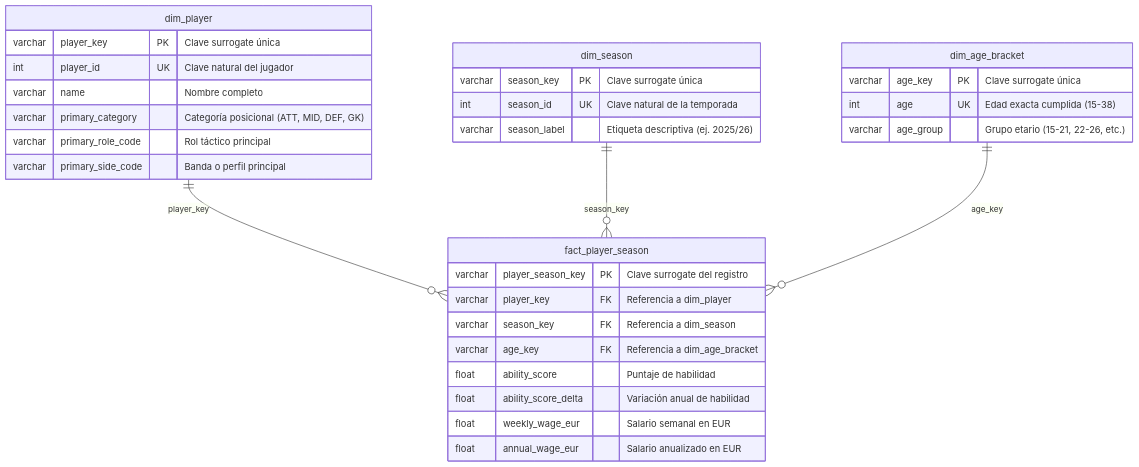
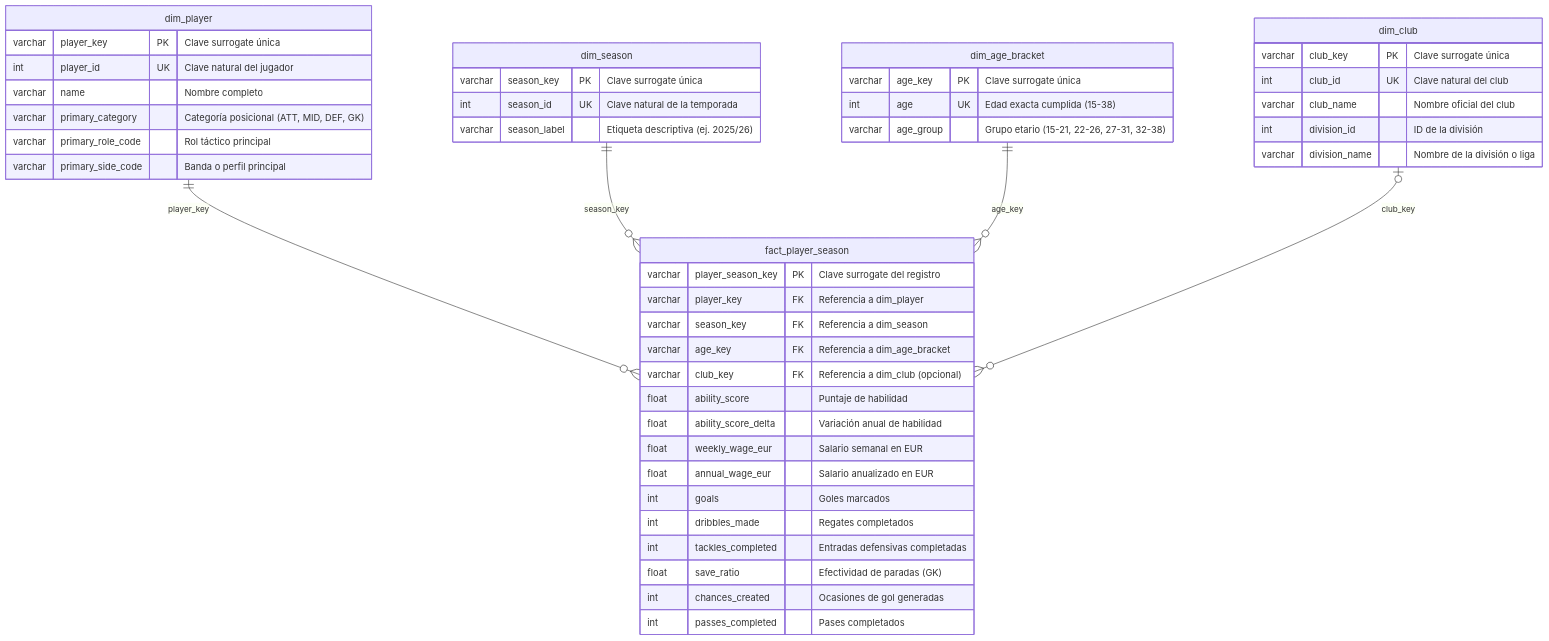
One commit to Jtorres1000/Football_players_analysis changed the diagram in README.md. Above: the diagram before and after it, drawn with Mermaid. The commit also changed other lines of this file, not shown here.

Commit message:
Docs: actualiza el readme por los cambios en modelado y tecnologías nuevas

````diff
--- a/README.md
+++ b/README.md
@@ -66,38 +67,54 @@
 ```mermaid
 erDiagram
     dim_player ||--o{ fact_player_season : "player_key"
     dim_season ||--o{ fact_player_season : "season_key"
     dim_age_bracket ||--o{ fact_player_season : "age_key"
+    dim_club |o--o{ fact_player_season : "club_key"
 
     dim_player {
         varchar player_key PK "Clave surrogate única"
         int player_id UK "Clave natural del jugador"
         varchar name "Nombre completo"
         varchar primary_category "Categoría posicional (ATT, MID, DEF, GK)"
         varchar primary_role_code "Rol táctico principal"
         varchar primary_side_code "Banda o perfil principal"
     }
 
     dim_season {
         varchar season_key PK "Clave surrogate única"
         int season_id UK "Clave natural de la temporada"
         varchar season_label "Etiqueta descriptiva (ej. 2025/26)"
     }
 
     dim_age_bracket {
         varchar age_key PK "Clave surrogate única"
         int age UK "Edad exacta cumplida (15-38)"
-        varchar age_group "Grupo etario (15-21, 22-26, etc.)"
+        varchar age_group "Grupo etario (15-21, 22-26, 27-31, 32-38)"
+    }
+
+    dim_club {
+        varchar club_key PK "Clave surrogate única"
+        int club_id UK "Clave natural del club"
+        varchar club_name "Nombre oficial del club"
+        int division_id "ID de la división"
+        varchar division_name "Nombre de la división o liga"
     }
 
     fact_player_season {
         varchar player_season_key PK "Clave surrogate del registro"
         varchar player_key FK "Referencia a dim_player"
         varchar season_key FK "Referencia a dim_season"
         varchar age_key FK "Referencia a dim_age_bracket"
+        varchar club_key FK "Referencia a dim_club (opcional)"
         float ability_score "Puntaje de habilidad"
         float ability_score_delta "Variación anual de habilidad"
         float weekly_wage_eur "Salario semanal en EUR"
         float annual_wage_eur "Salario anualizado en EUR"
+        int goals "Goles marcados"
+        int dribbles_made "Regates completados"
+        int tackles_completed "Entradas defensivas completadas"
+        float save_ratio "Efectividad de paradas (GK)"
+        int chances_created "Ocasiones de gol generadas"
+        int passes_completed "Pases completados"
     }
 ```
````
